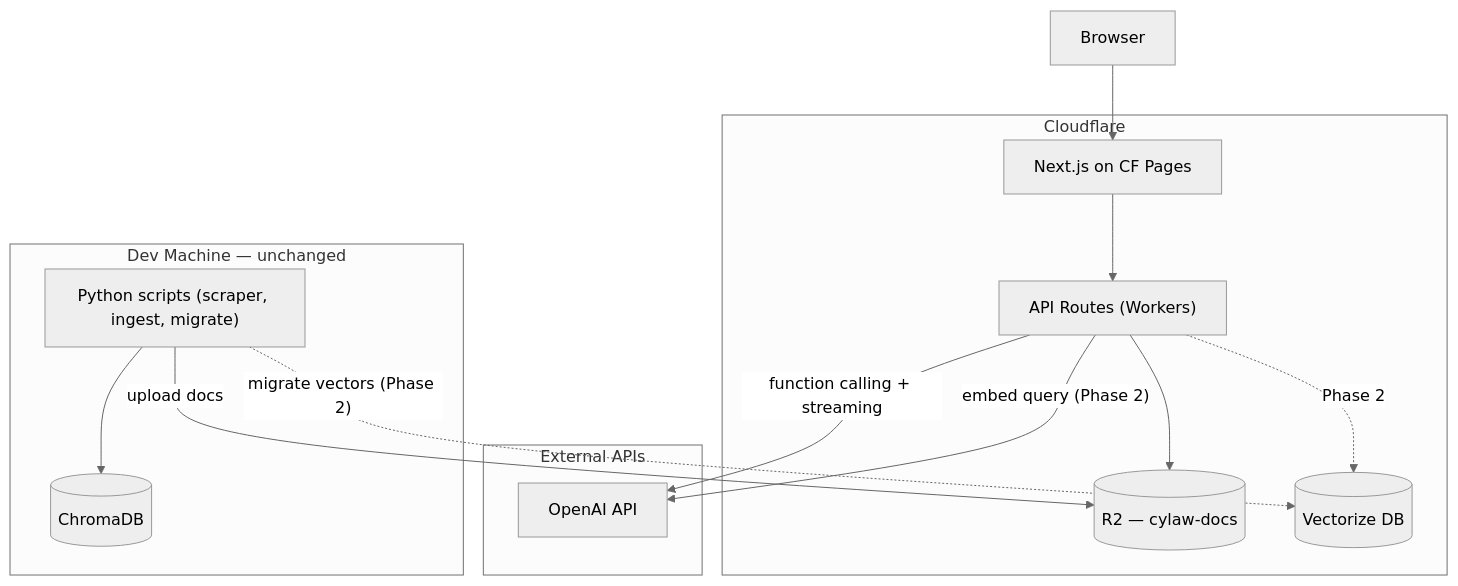
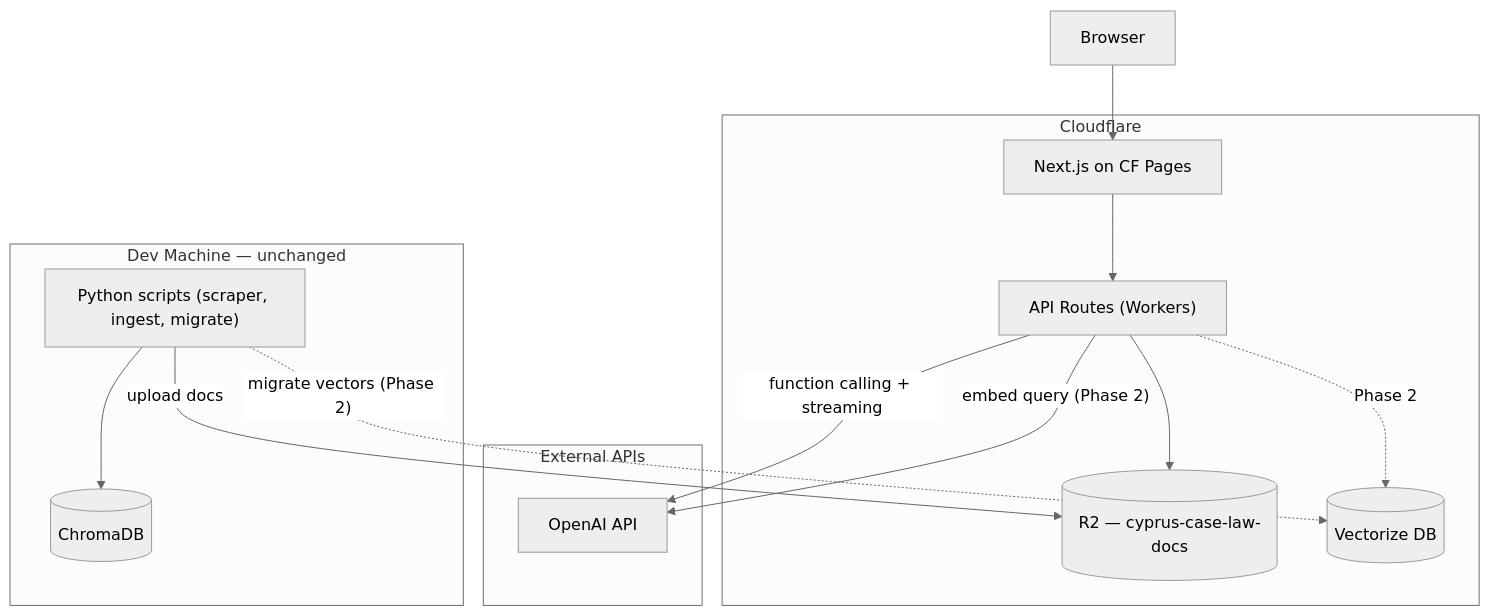
The diagram in docs/plans/2026-02-07-nextjs-frontend-rewrite.md (pradaev/cylaw-study), drawn with Mermaid (neutral theme) before and after one commit. The commit also changed other lines of this file and 15 other files, not shown here.

````diff
--- a/docs/plans/2026-02-07-nextjs-frontend-rewrite.md
+++ b/docs/plans/2026-02-07-nextjs-frontend-rewrite.md
@@ -71,29 +71,29 @@
 ```mermaid
 flowchart TD
     subgraph cf [Cloudflare]
         Pages[Next.js on CF Pages]
         APIRoutes["API Routes (Workers)"]
-        R2[(R2 — cylaw-docs)]
+        R2[(R2 — cyprus-case-law-docs)]
         Vectorize[(Vectorize DB)]
         Pages --> APIRoutes
         APIRoutes --> R2
         APIRoutes -.->|"Phase 2"| Vectorize
     end
     
     subgraph external [External APIs]
         OpenAI[OpenAI API]
     end
     
     APIRoutes -->|"embed query (Phase 2)"| OpenAI
     APIRoutes -->|"function calling + streaming"| OpenAI
     
     User[Browser] --> Pages
     
     subgraph local [Dev Machine — unchanged]
         Python["Python scripts (scraper, ingest, migrate)"]
         ChromaDB[(ChromaDB)]
         Python --> ChromaDB
         Python -->|"upload docs"| R2
         Python -.->|"migrate vectors (Phase 2)"| Vectorize
     end
 ```
````
